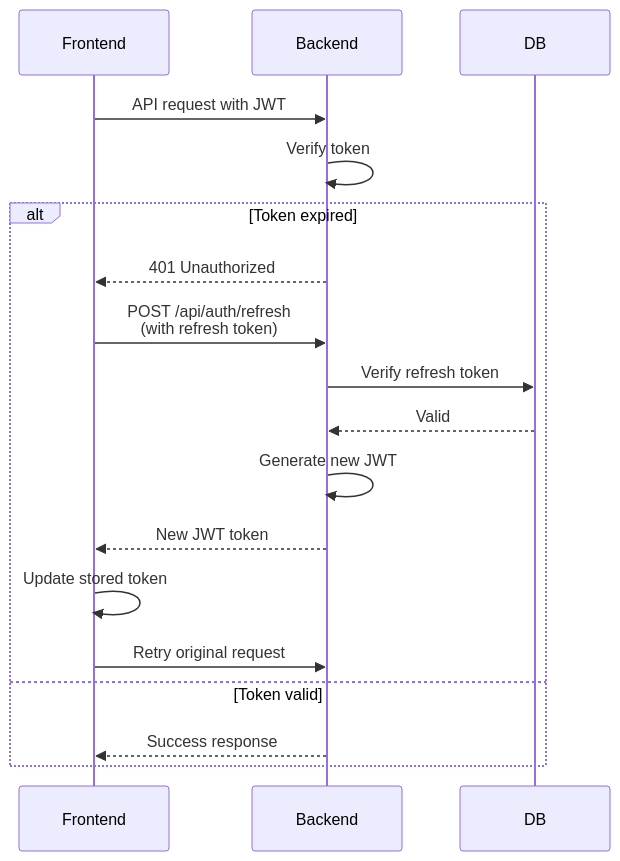
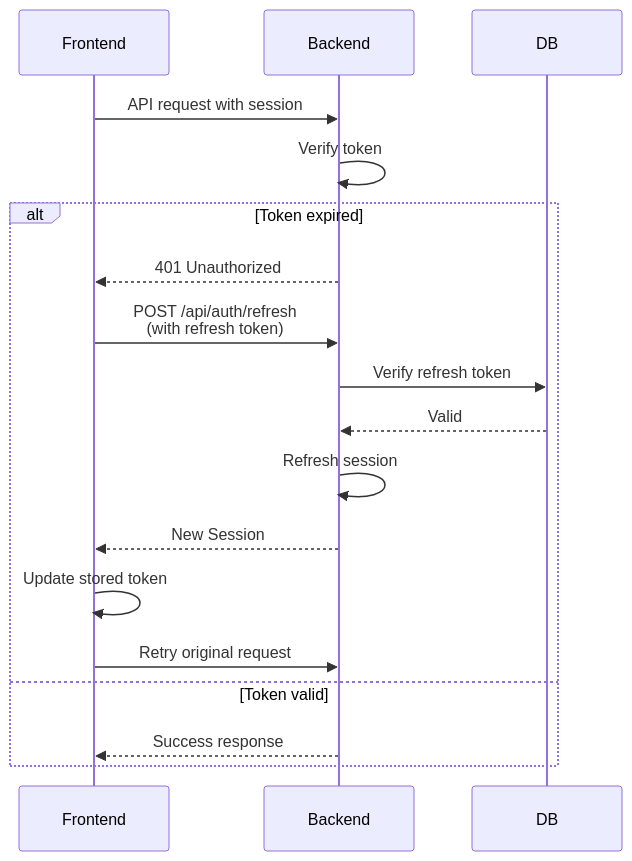
One commit to antekgorski/ft_transcendence changed the second of 2 diagrams in docs/UserLoginProcess.md. Above: the diagram before and after it, drawn with Mermaid. The commit also changed other lines of this file and 20 other files, not shown here.

````diff
--- a/docs/UserLoginProcess.md
+++ b/docs/UserLoginProcess.md
@@ -250,22 +238,22 @@
 ```mermaid
 sequenceDiagram
     participant Frontend
     participant Backend
     participant DB
 
-    Frontend->>Backend: API request with JWT
+    Frontend->>Backend: API request with session
     Backend->>Backend: Verify token
     
     alt Token expired
         Backend-->>Frontend: 401 Unauthorized
         Frontend->>Backend: POST /api/auth/refresh<br/>(with refresh token)
         Backend->>DB: Verify refresh token
         DB-->>Backend: Valid
-        Backend->>Backend: Generate new JWT
-        Backend-->>Frontend: New JWT token
+        Backend->>Backend: Refresh session
+        Backend-->>Frontend: New Session
         Frontend->>Frontend: Update stored token
         Frontend->>Backend: Retry original request
     else Token valid
         Backend-->>Frontend: Success response
     end
 ```
````
